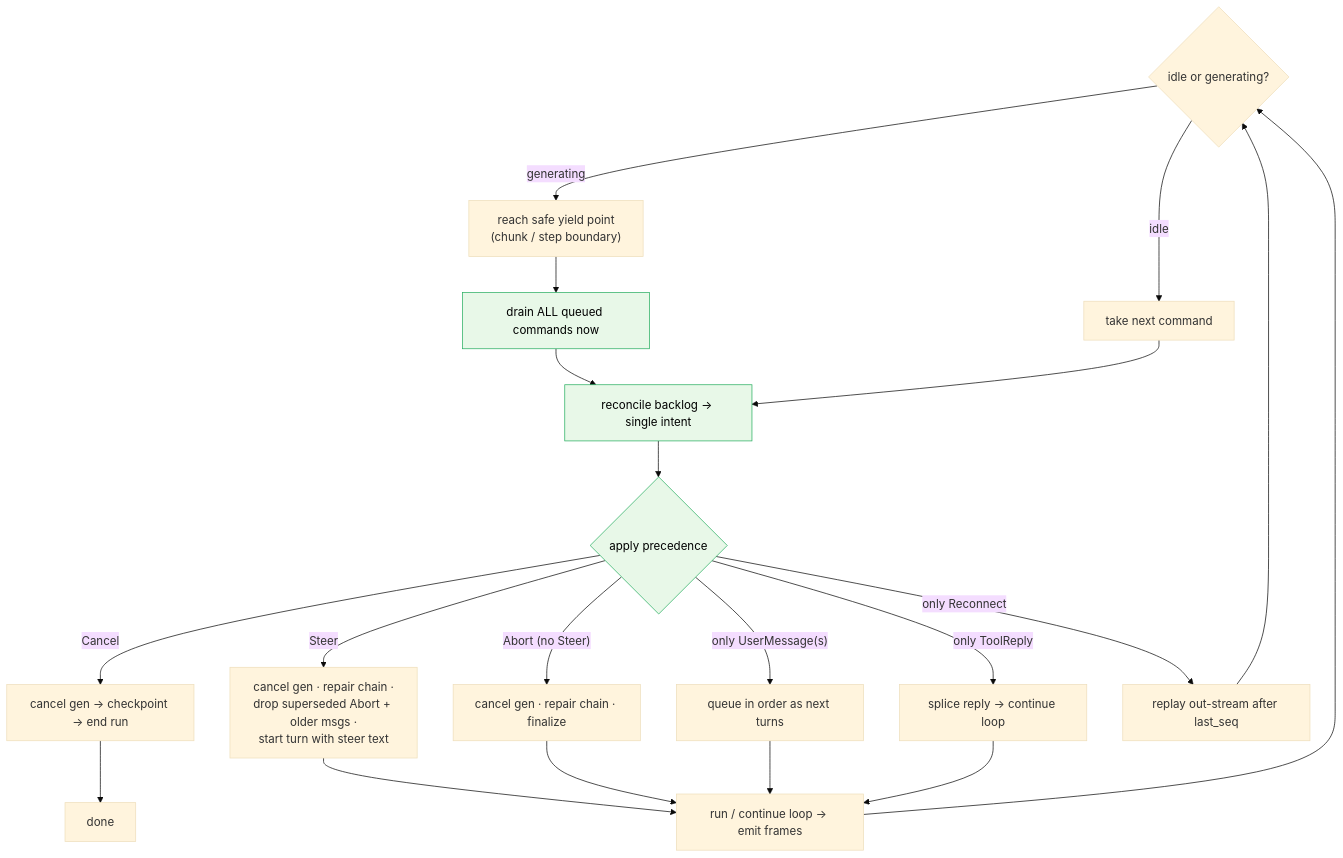
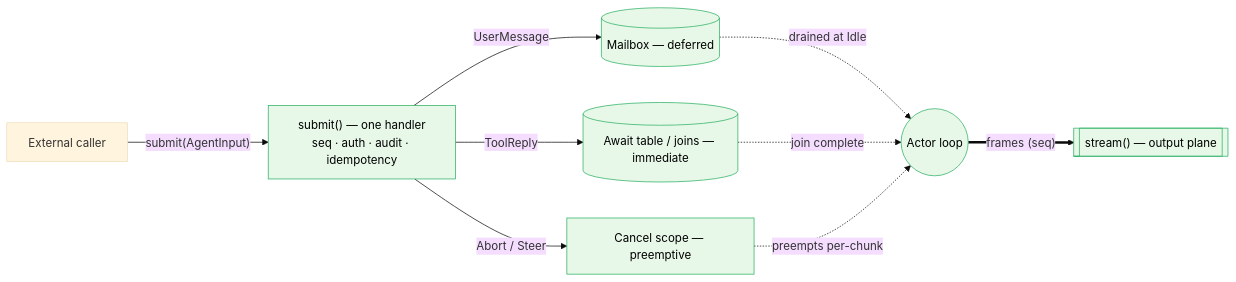
One commit to AuroSoni/agent-harness changed the ninth of 18 diagrams in NEW_CONSOLIDATEED_ARCHITECTURE.md. Above: the diagram before and after it, drawn with Mermaid (base theme). The commit also changed other lines of this file and 2 other files, not shown here.

Commit message:
Add new architecture review document for `NEW_CONSOLIDATEED_ARCHITECTURE.md`, summarizing dual-model evaluations and consensus findings on the proposed agent runtime design, including critical insights on scope and idempotency.

````diff
--- a/NEW_CONSOLIDATEED_ARCHITECTURE.md
+++ b/NEW_CONSOLIDATEED_ARCHITECTURE.md
@@ -570,26 +599,14 @@
 ```mermaid
-flowchart TD
-    IDLE{"idle or generating?"}
-    IDLE -->|idle| TAKE["take next command"]
-    IDLE -->|generating| YIELD["reach safe yield point<br/>(chunk / step boundary)"]
-    YIELD --> DRAIN["drain ALL queued commands now"]
-    DRAIN --> RECON["reconcile backlog → single intent"]
-    TAKE --> RECON
-    RECON --> RULES{"apply precedence"}
-    RULES -->|"Cancel"| TEAR["cancel gen → checkpoint → end run"]
-    RULES -->|"Steer"| SUP["cancel gen · repair chain ·<br/>drop superseded Abort + older msgs ·<br/>start turn with steer text"]
-    RULES -->|"Abort (no Steer)"| AB["cancel gen · repair chain · finalize"]
-    RULES -->|"only UserMessage(s)"| Q["queue in order as next turns"]
-    RULES -->|"only ToolReply"| RES["splice reply → continue loop"]
-    RULES -->|"only Reconnect"| REP["replay out-stream after last_seq"]
-    SUP --> LOOP["run / continue loop → emit frames"]
-    AB --> LOOP
-    Q --> LOOP
-    RES --> LOOP
-    REP --> IDLE
-    TEAR --> DONE["done"]
-    LOOP --> IDLE
+flowchart LR
+    EXT["External caller"] -->|"submit(AgentInput)"| H["submit() — one handler<br/>seq · auth · audit · idempotency"]
+    H -->|UserMessage| MB[("Mailbox — deferred")]
+    H -->|ToolReply| AT[("Await table / joins — immediate")]
+    H -->|"Abort / Steer"| CS["Cancel scope — preemptive"]
+    MB -. "drained at Idle" .-> L(("Actor loop"))
+    AT -. "join complete" .-> L
+    CS -. "preempts per-chunk" .-> L
+    L ==>|"frames (seq)"| OUT[["stream() — output plane"]]
 
     classDef prop fill:#e8f8e8,stroke:#27ae60,color:#000;
-    class DRAIN,RECON,RULES prop;
+    class H,MB,AT,CS,L,OUT prop;
 ```
````
